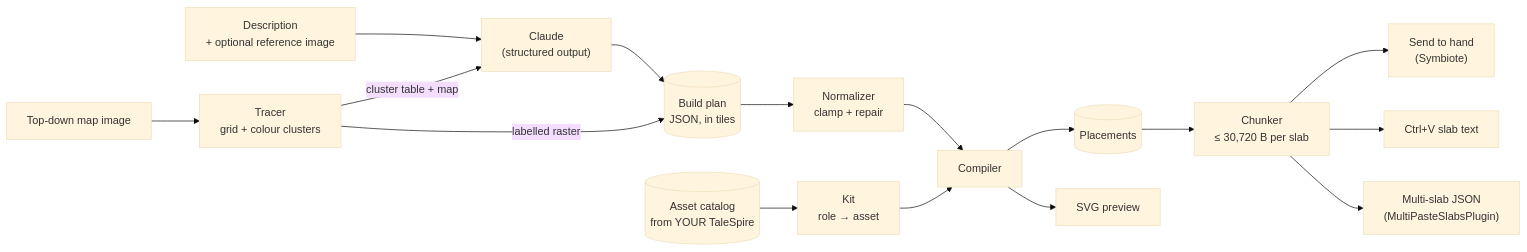
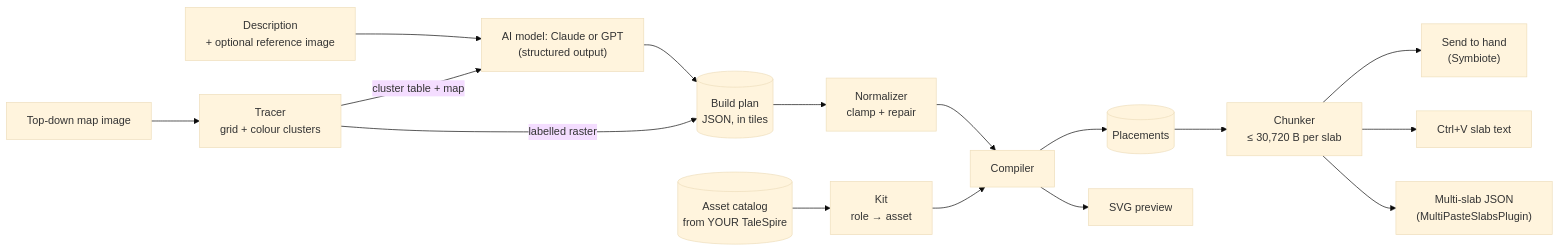
One commit to dustinmmanning-cell/Talespire-Mod changed the diagram in docs/architecture.md. Above: the diagram before and after it, drawn with Mermaid (base theme). The commit also changed other lines of this file and 22 other files, not shown here.

````diff
--- a/docs/architecture.md
+++ b/docs/architecture.md
@@ -3,18 +3,18 @@
 ```mermaid
 flowchart LR
-    P["Description<br/>+ optional reference image"] --> C["Claude<br/>(structured output)"]
+    P["Description<br/>+ optional reference image"] --> C["AI model: Claude or GPT<br/>(structured output)"]
     M["Top-down map image"] --> T["Tracer<br/>grid + colour clusters"]
     T -->|"cluster table + map"| C
     C --> PL[("Build plan<br/>JSON, in tiles")]
     T -->|"labelled raster"| PL
     PL --> N["Normalizer<br/>clamp + repair"]
     N --> K["Compiler"]
     CAT[("Asset catalog<br/>from YOUR TaleSpire")] --> KIT["Kit<br/>role → asset"]
     KIT --> K
     K --> PLC[("Placements")]
     PLC --> CH["Chunker<br/>≤ 30,720 B per slab"]
     CH --> S1["Send to hand<br/>(Symbiote)"]
     CH --> S2["Ctrl+V slab text"]
     CH --> S3["Multi-slab JSON<br/>(MultiPasteSlabsPlugin)"]
     K --> SVG["SVG preview"]
 ```
````
